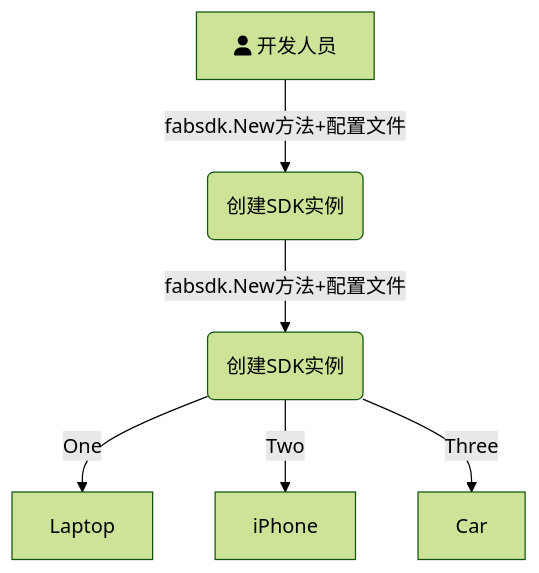
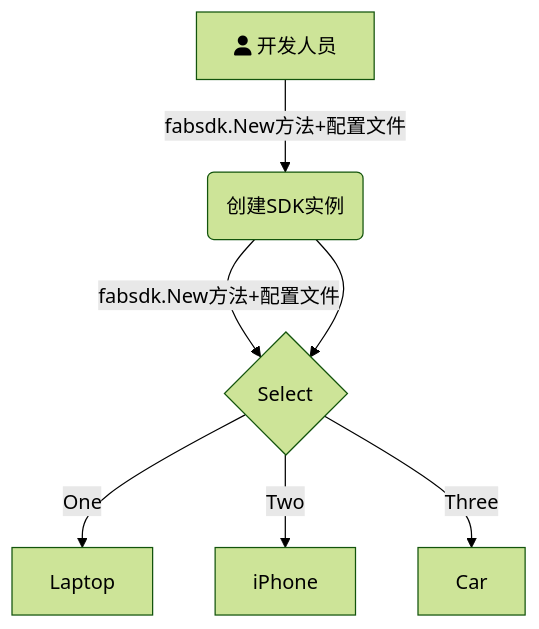
One commit to Utekichan/iodraw-files changed the diagram in all/未命名.md. Above: the diagram before and after it, drawn with Mermaid (forest theme).

Commit message:
2024-03-30 22:06:53 update

````diff
--- a/all/未命名.md
+++ b/all/未命名.md
@@ -1,10 +1,10 @@
 ```mermaid
 graph TD
     A[fa:fa-user 开发人员] -->|fabsdk.New方法+配置文件| B(创建SDK实例)
     B-->|fabsdk.New方法+配置文件| C(创建SDK实例)
-    %% B --> C{Select}
+    B --> C{Select}
     C -->|One| D[Laptop]
     C -->|Two| E[iPhone]
     C -->|Three| F[Car]
   
 ```
````
